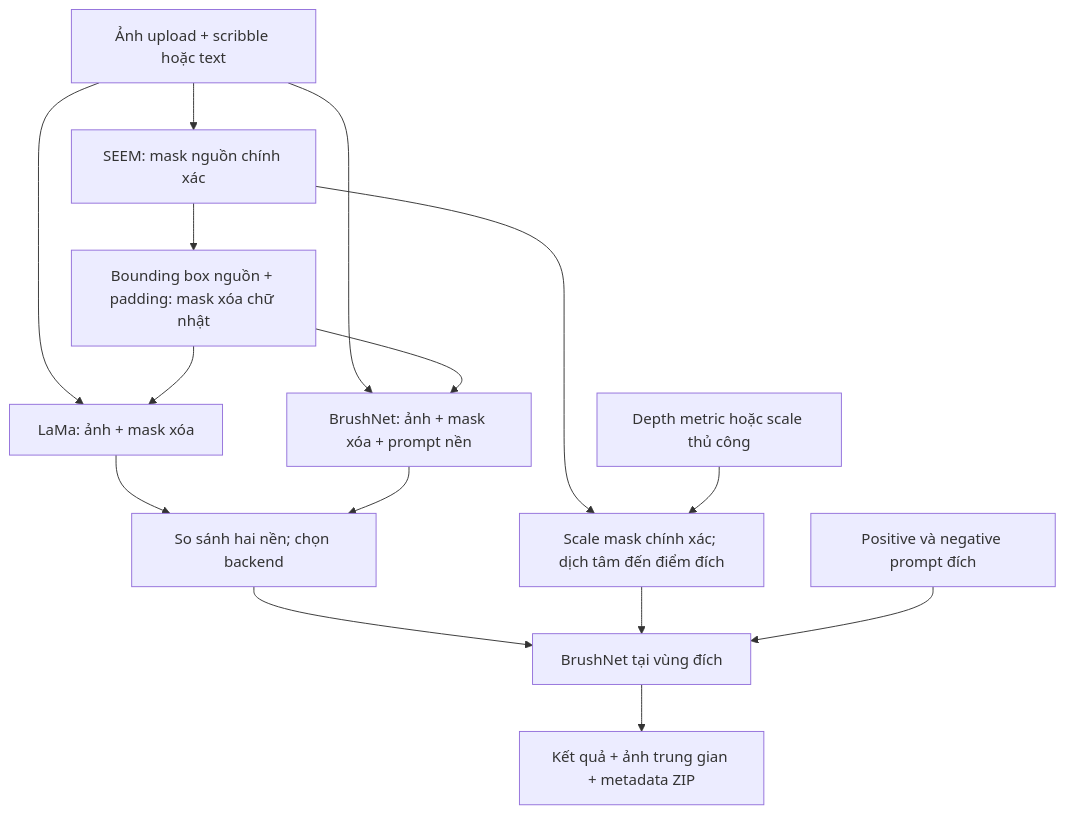
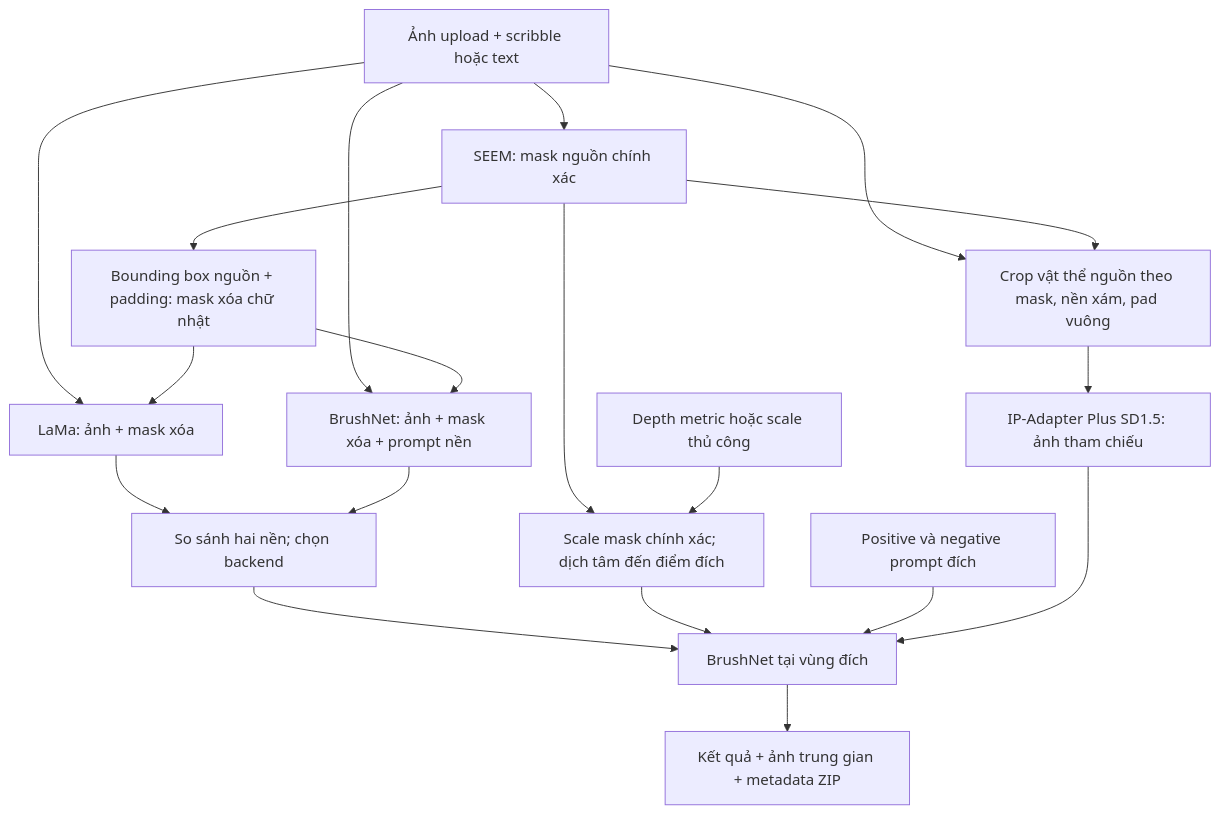
The diagram in FLOW_RUNPOD.md (KhoaLeDang2375/Segment-Everything-Everywhere-All-At-Once), drawn with Mermaid before and after one commit. The commit also changed other lines of this file and 13 other files, not shown here.

Commit message:
Add target IP-Adapter Plus and separate BrushNetX removal checkpoint

````diff
--- a/FLOW_RUNPOD.md
+++ b/FLOW_RUNPOD.md
@@ -14,17 +14,21 @@
 ```mermaid
 flowchart TD
     I[Ảnh upload + scribble hoặc text] --> S[SEEM: mask nguồn chính xác]
     S --> R[Bounding box nguồn + padding: mask xóa chữ nhật]
     I --> L[LaMa: ảnh + mask xóa]
     R --> L
     I --> B[BrushNet: ảnh + mask xóa + prompt nền]
     R --> B
     L --> C[So sánh hai nền; chọn backend]
     B --> C
     S --> T[Scale mask chính xác; dịch tâm đến điểm đích]
     D[Depth metric hoặc scale thủ công] --> T
     C --> G[BrushNet tại vùng đích]
     T --> G
     P[Positive và negative prompt đích] --> G
+    I --> A[Crop vật thể nguồn theo mask, nền xám, pad vuông]
+    S --> A
+    A --> IP[IP-Adapter Plus SD1.5: ảnh tham chiếu]
+    IP --> G
     G --> O[Kết quả + ảnh trung gian + metadata ZIP]
 ```
````
